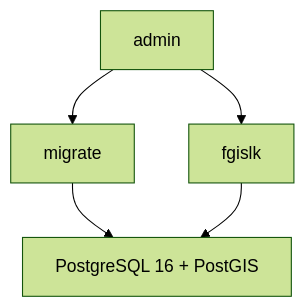
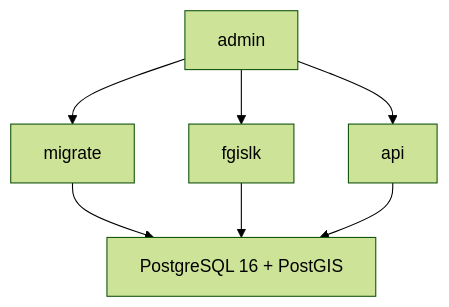
Before and after one commit to AversIgor/dbms: the diagram in Архитектура.md, drawn with Mermaid (forest theme). The commit also changed other lines of this file and 26 other files, not shown here.

````diff
--- a/Архитектура.md
+++ b/Архитектура.md
@@ -24,11 +25,14 @@
 ```mermaid
 flowchart TB
   PG["PostgreSQL 16 + PostGIS"]
   Migrate["migrate"]
   Import["fgislk"]
+  Api["api"]
   Admin["admin"]
   Migrate --> PG
   Import --> PG
+  Api --> PG
   Admin --> Migrate
   Admin --> Import
+  Admin --> Api
 ```
````
